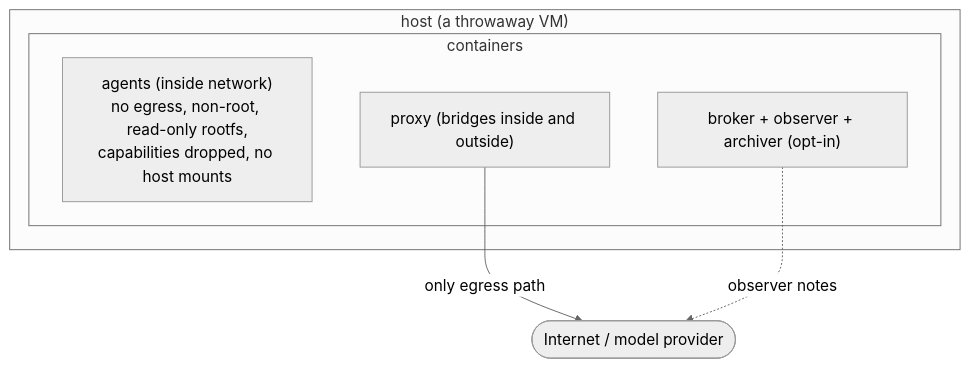
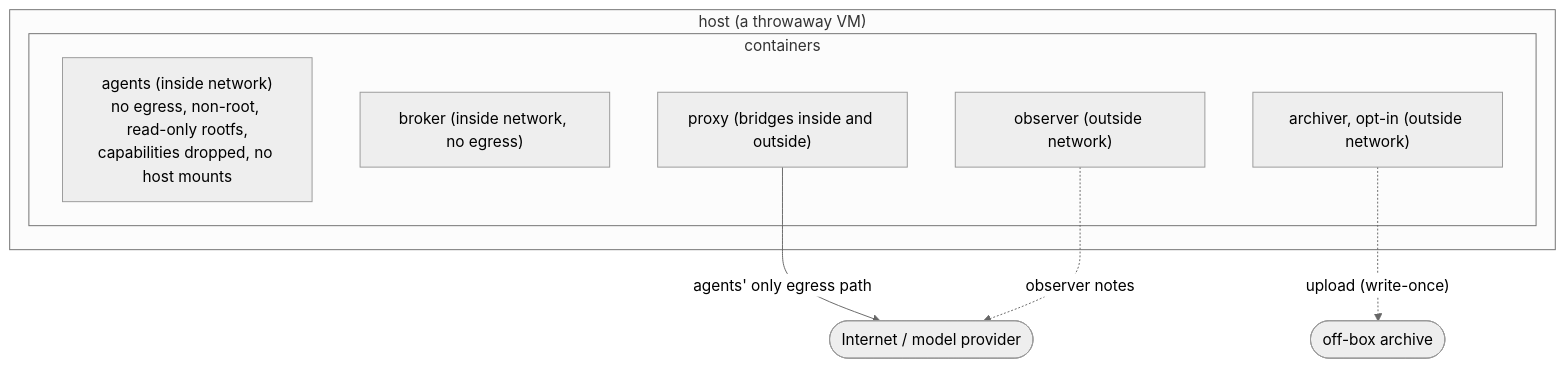
One commit to alpersonalwebsite/observed-agents changed the fifth of 5 diagrams in ARCHITECTURE.md. Above: the diagram before and after it, drawn with Mermaid (neutral theme). The commit also changed other lines of this file and 2 other files, not shown here.

First paragraph of the commit message:
Bring the write-up up to date with the live sites and fix two isolation claims (#1)
* Bring the write-up up to date with the live sites and fix two isolation claims

````diff
--- a/ARCHITECTURE.md
+++ b/ARCHITECTURE.md
@@ -116,13 +116,17 @@
 ```mermaid
 flowchart TB
   OR(["Internet / model provider"])
   subgraph host["host (a throwaway VM)"]
     subgraph net["containers"]
       ag["agents (inside network)<br/>no egress, non-root, read-only rootfs,<br/>capabilities dropped, no host mounts"]
-      svc["broker + observer + archiver (opt-in)"]
+      brk["broker (inside network, no egress)"]
+      obs["observer (outside network)"]
+      arv["archiver, opt-in (outside network)"]
       px["proxy (bridges inside and outside)"]
     end
   end
-  px -->|"only egress path"| OR
-  svc -. "observer notes" .-> OR
+  ARC(["off-box archive"])
+  px -->|"agents' only egress path"| OR
+  obs -. "observer notes" .-> OR
+  arv -. "upload (write-once)" .-> ARC
 ```
````
